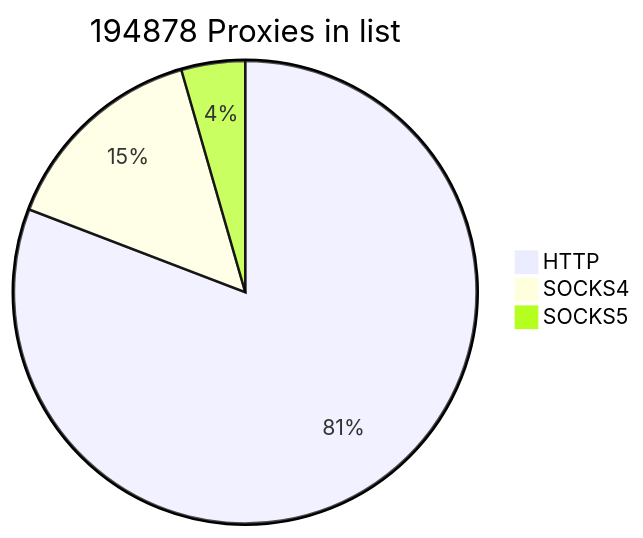
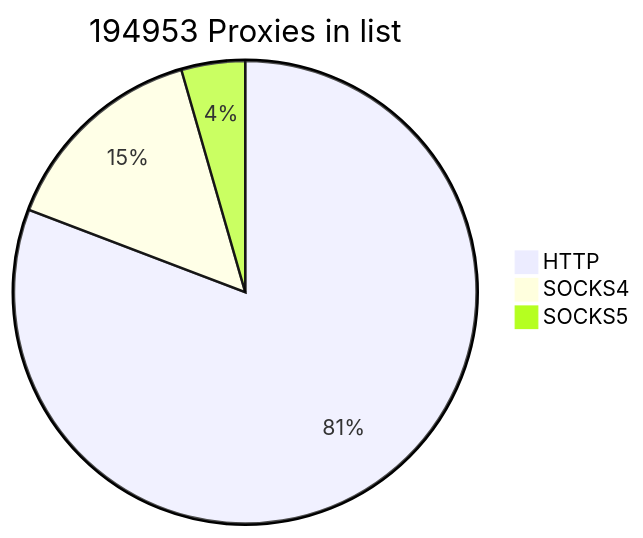
Before and after one commit to cutipu/proxylist: the first of 2 diagrams in README.md, drawn with Mermaid. The commit also changed other lines of this file, not shown here.

````diff
--- a/README.md
+++ b/README.md
@@ -2,7 +2,7 @@
 ```mermaid
-pie title 194878 Proxies in list
-    "HTTP" : 157504
-    "SOCKS4" : 28696
-    "SOCKS5" : 8678
+pie title 194953 Proxies in list
+    "HTTP" : 157509
+    "SOCKS4" : 28767
+    "SOCKS5" : 8677
             
 ```
````
